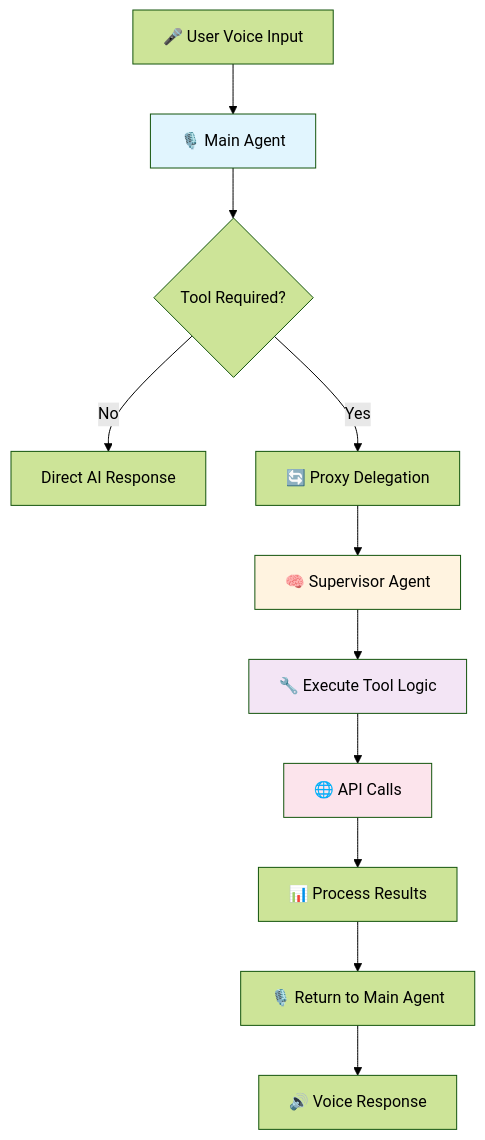
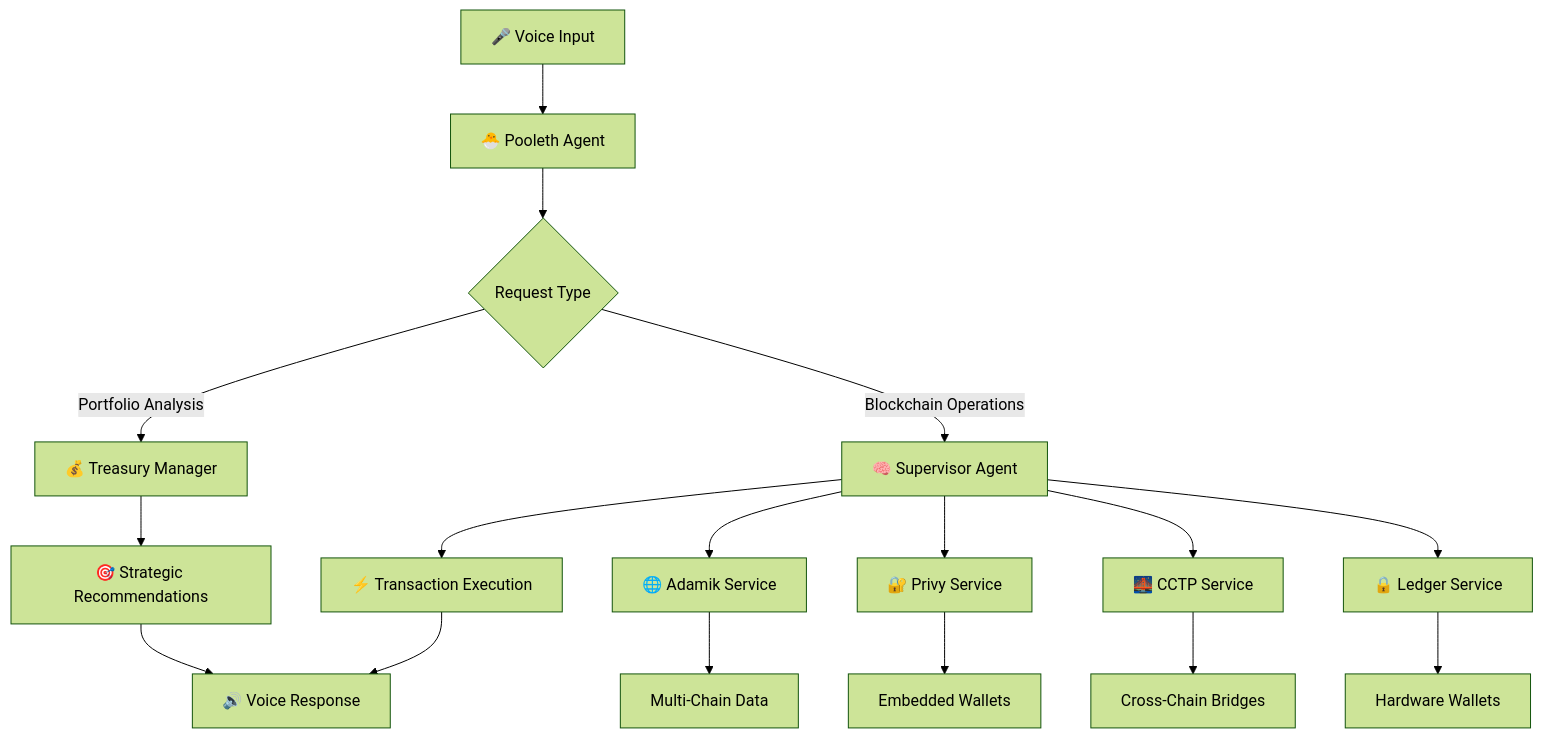
Before and after one commit to AdamikHQ/adamik-pooleth: the diagram in README.md, drawn with Mermaid (forest theme). The commit also changed other lines of this file and 2 other files, not shown here.

````diff
--- a/README.md
+++ b/README.md
@@ -253,18 +33,24 @@
 ```mermaid
 graph TD
-    A[🎤 User Voice Input] --> B[🎙️ Main Agent]
-    B --> C{Tool Required?}
-    C -->|No| D[Direct AI Response]
-    C -->|Yes| E[🔄 Proxy Delegation]
-    E --> F[🧠 Supervisor Agent]
-    F --> G[🔧 Execute Tool Logic]
-    G --> H[🌐 API Calls]
-    H --> I[📊 Process Results]
-    I --> J[🎙️ Return to Main Agent]
-    J --> K[🔊 Voice Response]
+    A[🎤 Voice Input] --> B[🐣 Pooleth Agent]
+    B --> C{Request Type}
 
-    style B fill:#e1f5fe
-    style F fill:#fff3e0
-    style G fill:#f3e5f5
-    style H fill:#fce4ec
+    C -->|Portfolio Analysis| D[💰 Treasury Manager]
+    C -->|Blockchain Operations| E[🧠 Supervisor Agent]
+
+    E --> F[🌐 Adamik Service]
+    E --> G[🔐 Privy Service]
+    E --> H[🌉 CCTP Service]
+    E --> I[🔒 Ledger Service]
+
+    F --> J[Multi-Chain Data]
+    G --> K[Embedded Wallets]
+    H --> L[Cross-Chain Bridges]
+    I --> M[Hardware Wallets]
+
+    D --> N[🎯 Strategic Recommendations]
+    E --> O[⚡ Transaction Execution]
+
+    N --> P[🔊 Voice Response]
+    O --> P
 ```
````
